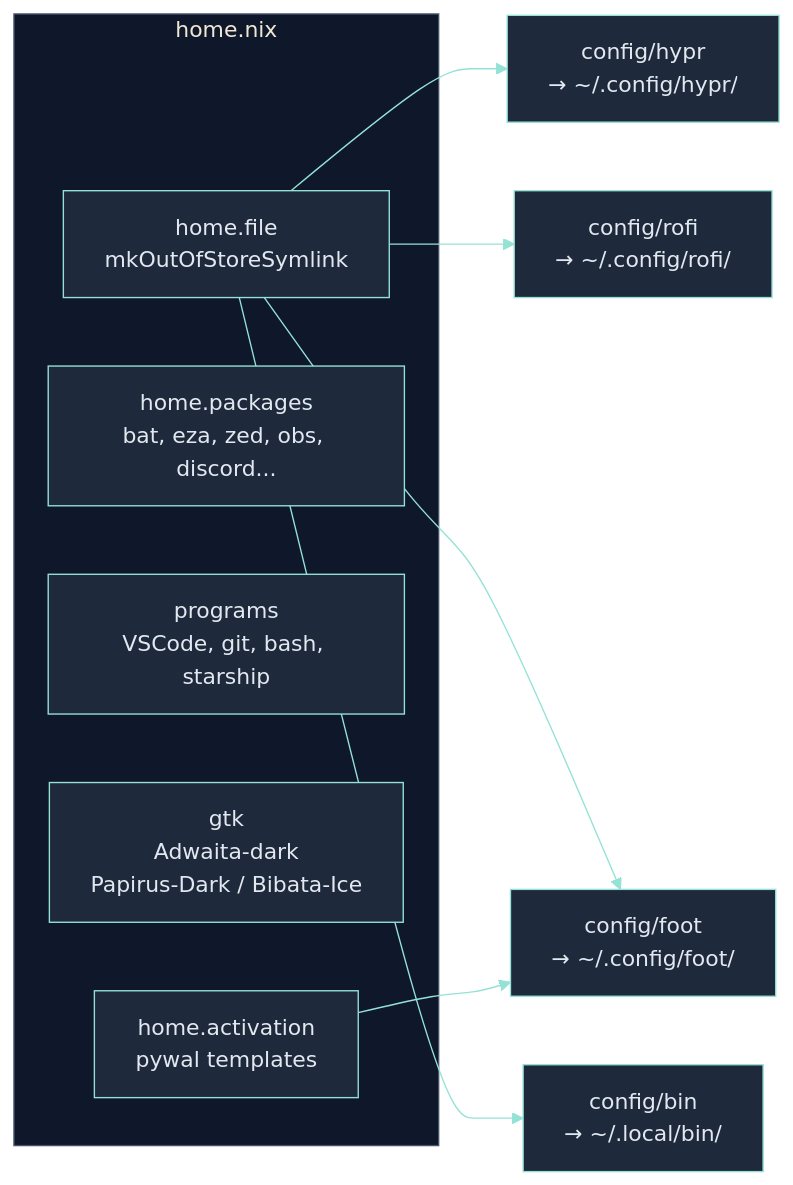
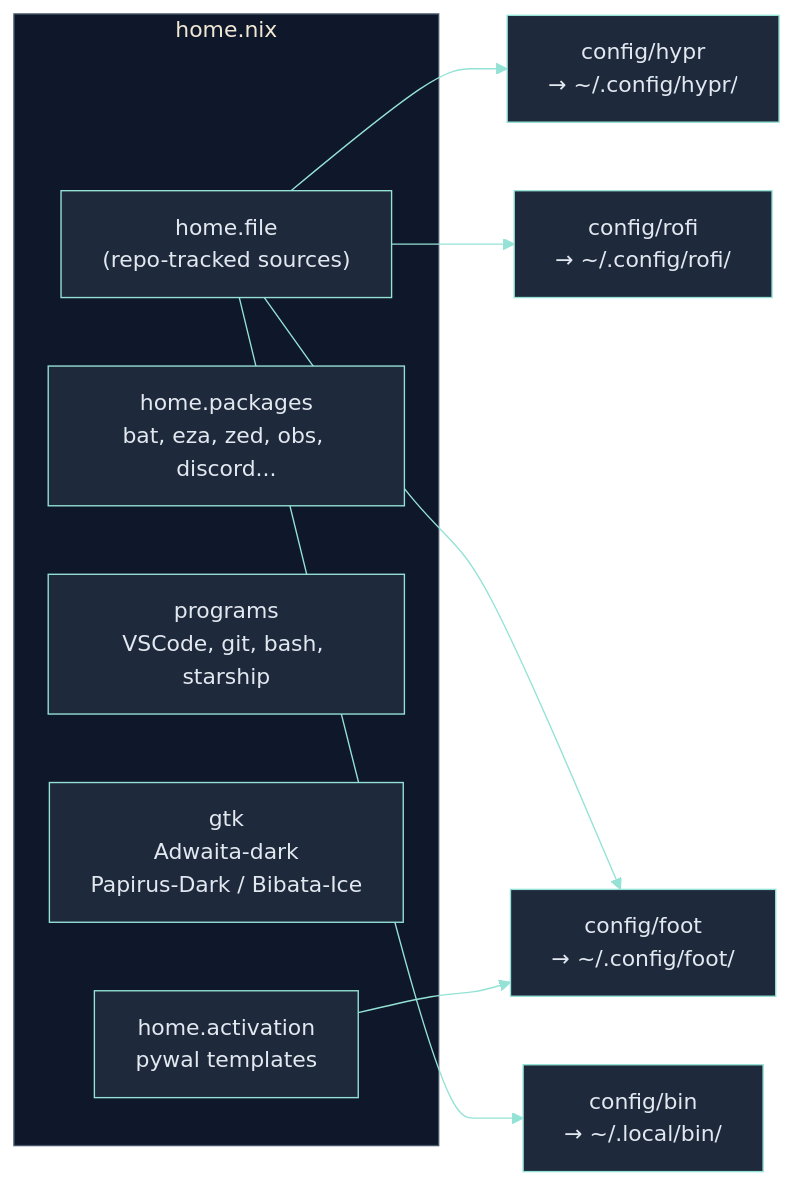
One commit to RomeoCavazza/nixos-config changed the fourth of 8 diagrams in docs/README.md. Above: the diagram before and after it, drawn with Mermaid. The commit also changed other lines of this file and 2 other files, not shown here.

````diff
--- a/docs/README.md
+++ b/docs/README.md
@@ -182,22 +185,22 @@
 ```mermaid
 %%{init: {'theme': 'base', 'themeVariables': { 'primaryColor': '#1e293b', 'secondaryColor': '#0f172a', 'tertiaryColor': '#0f172a', 'primaryBorderColor': '#94e2d5', 'lineColor': '#94e2d5', 'primaryTextColor': '#e2e8f0', 'clusterBkg': '#0f172a', 'clusterBorder': '#475569' }}}%%
 flowchart LR
   subgraph hm["home.nix"]
-    dotfiles["home.file\nmkOutOfStoreSymlink"]
+    dotfiles["home.file\n(repo-tracked sources)"]
     pkgs["home.packages\nbat, eza, zed, obs, discord..."]
     progs["programs\nVSCode, git, bash, starship"]
     gtk["gtk\nAdwaita-dark\nPapirus-Dark / Bibata-Ice"]
     act["home.activation\npywal templates"]
   end
 
   hypr["config/hypr\n→ ~/.config/hypr/"]
   rofi["config/rofi\n→ ~/.config/rofi/"]
   foot["config/foot\n→ ~/.config/foot/"]
   bin["config/bin\n→ ~/.local/bin/"]
 
   dotfiles --> hypr
 dotfiles --> rofi
 dotfiles --> foot
 dotfiles --> bin
 act --> foot
 ```
````
